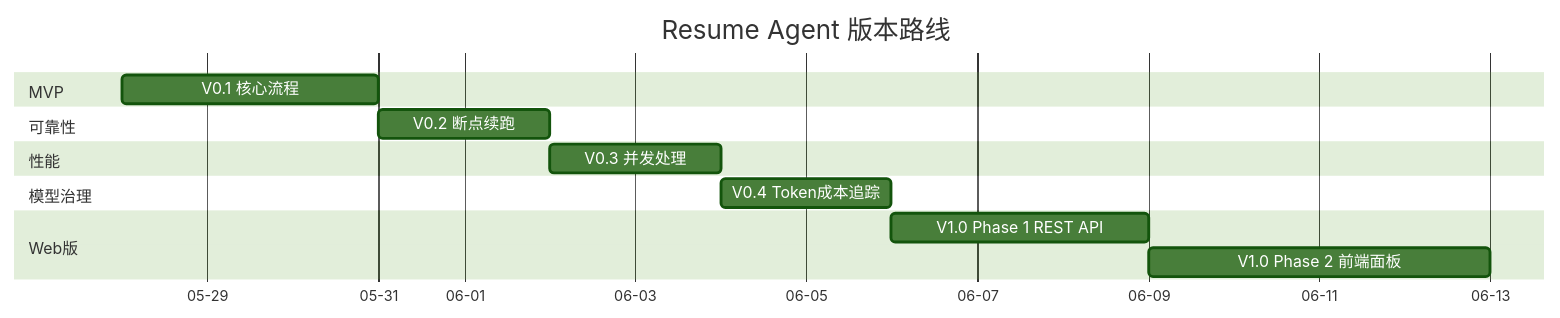
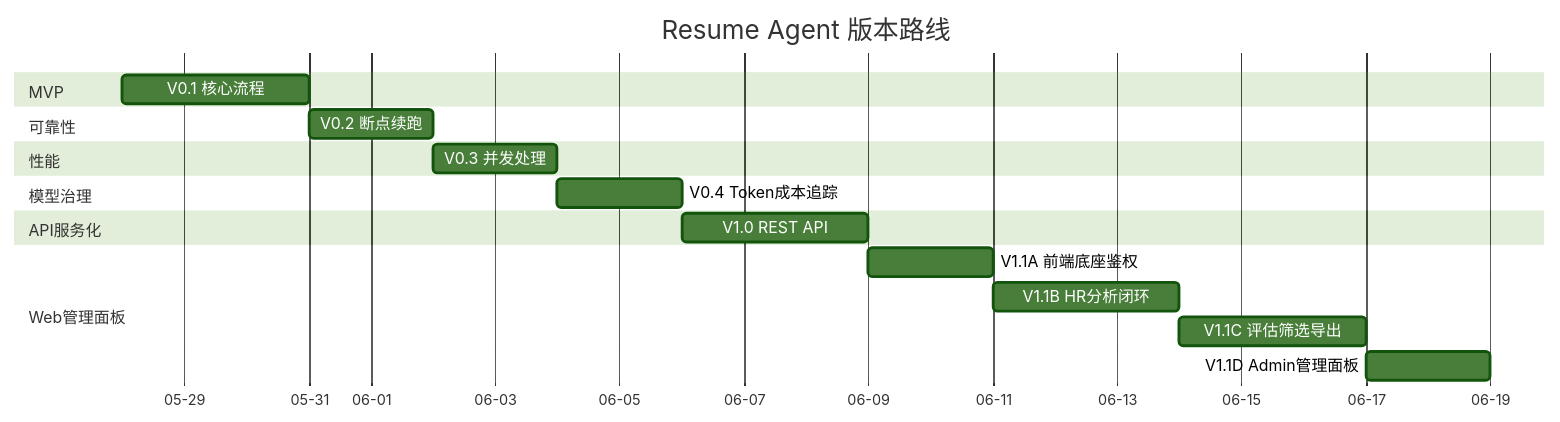
The first of 7 diagrams in docs/roadmap.md (MT-SUPER-POWER/ResumeAgent), drawn with Mermaid (forest theme) before and after one commit. The commit also changed other lines of this file and 3 other files, not shown here.

````diff
--- a/docs/roadmap.md
+++ b/docs/roadmap.md
@@ -15,22 +16,27 @@
 ```mermaid
 gantt
   title Resume Agent 版本路线
   dateFormat  YYYY-MM-DD
   axisFormat  %m-%d
 
   section MVP
   V0.1 核心流程     :v01, 2026-05-28, 3d
 
   section 可靠性
   V0.2 断点续跑     :v02, after v01, 2d
 
   section 性能
   V0.3 并发处理     :v03, after v02, 2d
 
   section 模型治理
   V0.4 Token成本追踪 :v04, after v03, 2d
 
-  section Web版
-  V1.0 Phase 1 REST API  :v10a, after v04, 3d
-  V1.0 Phase 2 前端面板   :v10b, after v10a, 4d
+  section API服务化
+  V1.0 REST API        :v10, after v04, 3d
+
+  section Web管理面板
+  V1.1A 前端底座鉴权    :v11a, after v10, 2d
+  V1.1B HR分析闭环      :v11b, after v11a, 3d
+  V1.1C 评估筛选导出    :v11c, after v11b, 3d
+  V1.1D Admin管理面板   :v11d, after v11c, 2d
 ```
````
